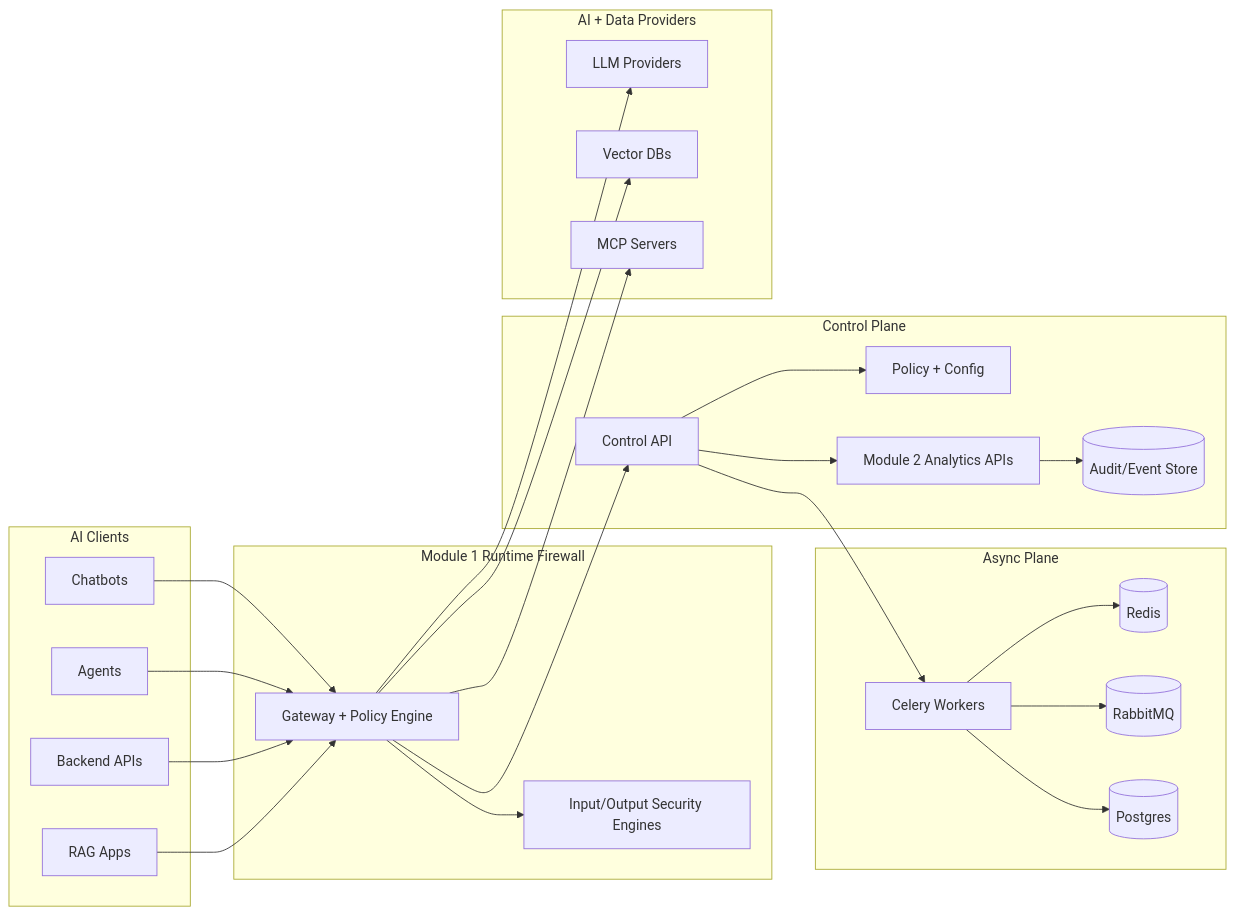
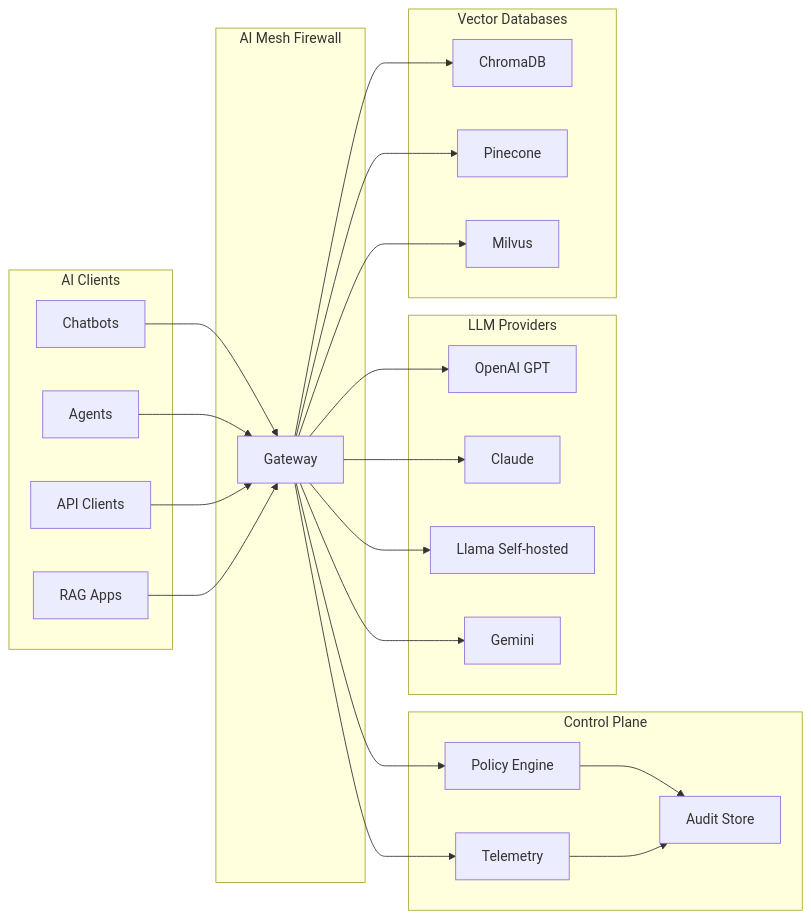
One commit to AnshSinghal-CyberUltron/AI_Mesh_Firewall changed the second of 11 diagrams in README.md. Above: the diagram before and after it, drawn with Mermaid. The commit also changed other lines of this file, not shown here.

First line of the commit message:
Expand README with full Module 1 content and detailed Module 2 documentation.

````diff
--- a/README.md
+++ b/README.md
@@ -77,51 +136,40 @@
 ```mermaid
-flowchart LR
-  subgraph clients [AI Clients]
-    chat[Chatbots]
-    agents[Agents]
-    backend[Backend APIs]
-    ragapps[RAG Apps]
-  end
+graph LR
+    subgraph clients["AI Clients"]
+        c1[Chatbots]
+        c2[Agents]
+        c3[API Clients]
+        c4[RAG Apps]
+    end
 
-  subgraph dataplane [Module 1 Runtime Firewall]
-    gateway[Gateway + Policy Engine]
-    scanners[Input/Output Security Engines]
-  end
+    subgraph firewall["AI Mesh Firewall"]
+        fw[Gateway]
+    end
 
-  subgraph control [Control Plane]
-    controlApi[Control API]
-    policy[Policy + Config]
-    module2[Module 2 Analytics APIs]
-    audit[(Audit/Event Store)]
-  end
+    subgraph control["Control Plane"]
+        pol[Policy Engine]
+        tel[Telemetry]
+        audit[Audit Store]
+        pol --> audit
+        tel --> audit
+    end
 
-  subgraph async [Async Plane]
-    workers[Celery Workers]
-    redis[(Redis)]
-    rabbit[(RabbitMQ)]
-    postgres[(Postgres)]
-  end
+    subgraph models["LLM Providers"]
+        m1[OpenAI GPT]
+        m2[Claude]
+        m3[Llama Self-hosted]
+        m4[Gemini]
+    end
 
-  subgraph downstream [AI + Data Providers]
-    llm[LLM Providers]
-    vectordb[Vector DBs]
-    mcp[MCP Servers]
-  end
+    subgraph vectors["Vector Databases"]
+        v1[ChromaDB]
+        v2[Pinecone]
+        v3[Milvus]
+    end
 
-  chat --> gateway
-  agents --> gateway
-  backend --> gateway
-  ragapps --> gateway
-  gateway --> scanners
-  gateway --> llm
-  gateway --> vectordb
-  gateway --> mcp
-  controlApi --> policy
-  controlApi --> module2
-  module2 --> audit
-  workers --> redis
-  workers --> rabbit
-  workers --> postgres
-  gateway --> controlApi
-  controlApi --> workers
+    c1 & c2 & c3 & c4 --> fw
+    fw --> pol
+    fw --> tel
+    fw --> m1 & m2 & m3 & m4
+    fw --> v1 & v2 & v3
 ```
````
